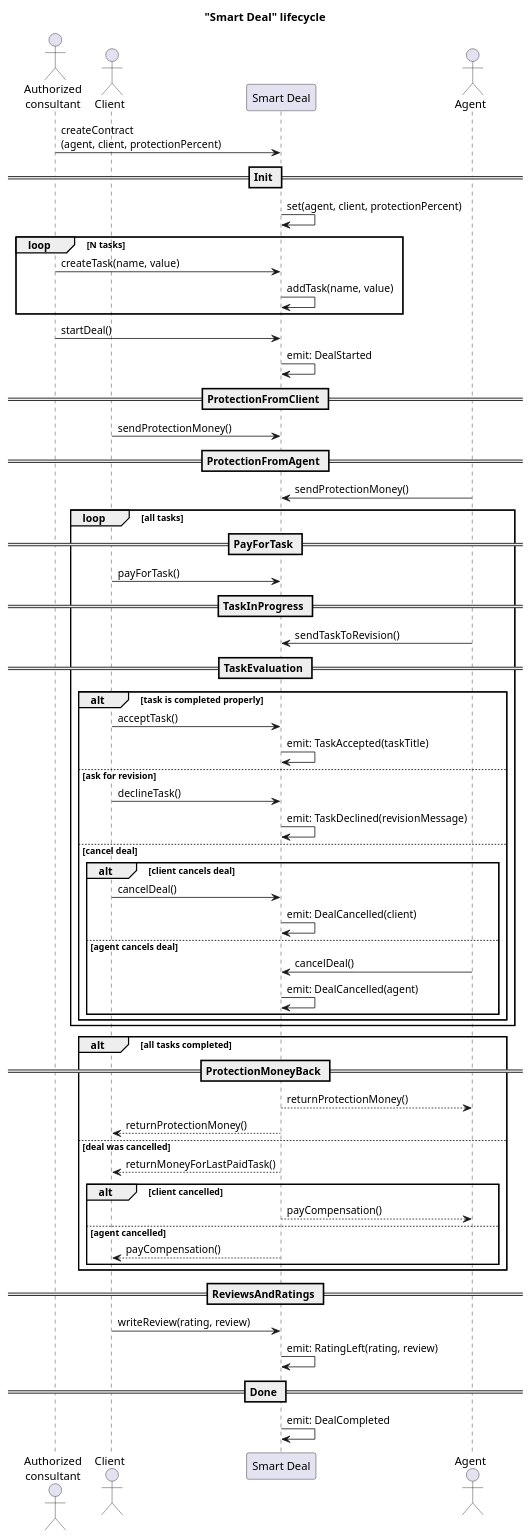
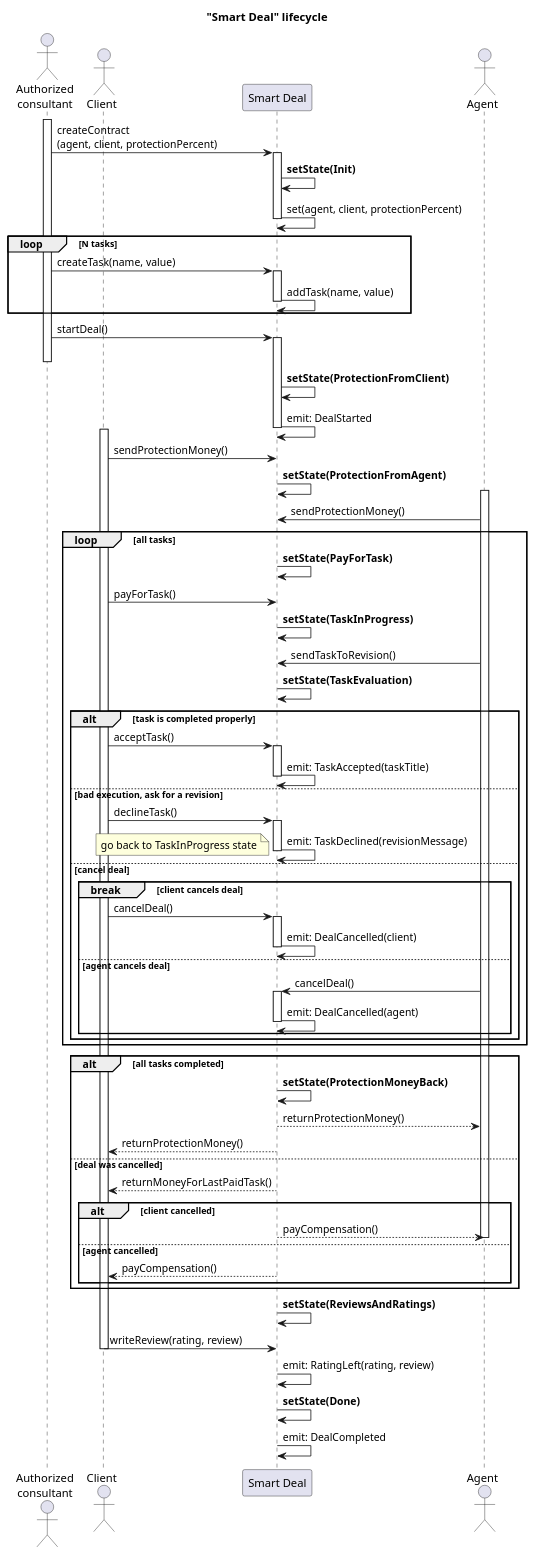
Before and after one commit to dmitrijs-voronovs/SmartDeal: the diagram in diagrams/SequenceDiagram.puml, drawn with PlantUML.

Commit message:
Added states and activations to the diagram

```diff
--- a/diagrams/SequenceDiagram.puml
+++ b/diagrams/SequenceDiagram.puml
@@ -1,78 +1,89 @@
 @startuml
 
 Title "Smart Deal" lifecycle
 
 actor "Authorized\nconsultant" as AC
 actor Client as C
 participant "Smart Deal" as S
 actor Agent as A
 
-AC -> S: createContract \n(agent, client, protectionPercent)
+activate AC
+AC -> S++: createContract \n(agent, client, protectionPercent)
 
-== Init ==
-S -> S: set(agent, client, protectionPercent)
+S -> S: **setState(Init)**
+S -> S--: set(agent, client, protectionPercent)
 loop N tasks
-    AC -> S: createTask(name, value)
-    S -> S: addTask(name, value)
+    AC -> S++: createTask(name, value)
+    S -> S--: addTask(name, value)
 end
 
-AC -> S: startDeal()
-S -> S: emit: DealStarted
+AC -> S++: startDeal()
+deactivate AC
 
-== ProtectionFromClient ==
+S -> S: **setState(ProtectionFromClient)**
+S -> S--: emit: DealStarted
+
+activate C
 C -> S: sendProtectionMoney()
 
-== ProtectionFromAgent ==
+S -> S: **setState(ProtectionFromAgent)**
+activate A
 A -> S: sendProtectionMoney()
 
 loop all tasks
-    == PayForTask ==
+    S -> S: **setState(PayForTask)**
     C -> S: payForTask()
 
-    == TaskInProgress ==
+    ' introduce another loop????
+    S -> S: **setState(TaskInProgress)**
     A -> S: sendTaskToRevision()
 
-    == TaskEvaluation ==
+    S -> S: **setState(TaskEvaluation)**
     alt task is completed properly
-        C -> S: acceptTask()
-        S -> S: emit: TaskAccepted(taskTitle)
+        C -> S++: acceptTask()
+        S -> S--: emit: TaskAccepted(taskTitle)
 
-    else ask for revision
-        C -> S: declineTask()
-        S -> S: emit: TaskDeclined(revisionMessage)
+    else bad execution, ask for a revision
+        C -> S++: declineTask()
+        S -> S--: emit: TaskDeclined(revisionMessage)
+        note left
+        go back to TaskInProgress state
+        end note
 
     else cancel deal
-        alt client cancels deal
-            C -> S: cancelDeal()
-            S -> S: emit: DealCancelled(client)
+        break client cancels deal
+            C -> S++: cancelDeal()
+            S -> S--: emit: DealCancelled(client)
         else agent cancels deal
-            A -> S: cancelDeal()
-            S -> S: emit: DealCancelled(agent)
+            A -> S++: cancelDeal()
+            S -> S--: emit: DealCancelled(agent)
         end
     end
 end
 
 alt all tasks completed
-    == ProtectionMoneyBack ==
+    S -> S: **setState(ProtectionMoneyBack)**
     S --> A: returnProtectionMoney()
     S --> C: returnProtectionMoney()
 
 else deal was cancelled
     S --> C: returnMoneyForLastPaidTask()
 
     alt client cancelled
         S --> A: payCompensation()
+        deactivate A
 
     else agent cancelled
         S --> C: payCompensation()
     end
 end
 
-== ReviewsAndRatings ==
+S -> S: **setState(ReviewsAndRatings)**
 C -> S: writeReview(rating, review)
+deactivate C
 S -> S: emit: RatingLeft(rating, review)
 
-== Done ==
+S -> S: **setState(Done)**
 S -> S: emit: DealCompleted
 
 @enduml
```
